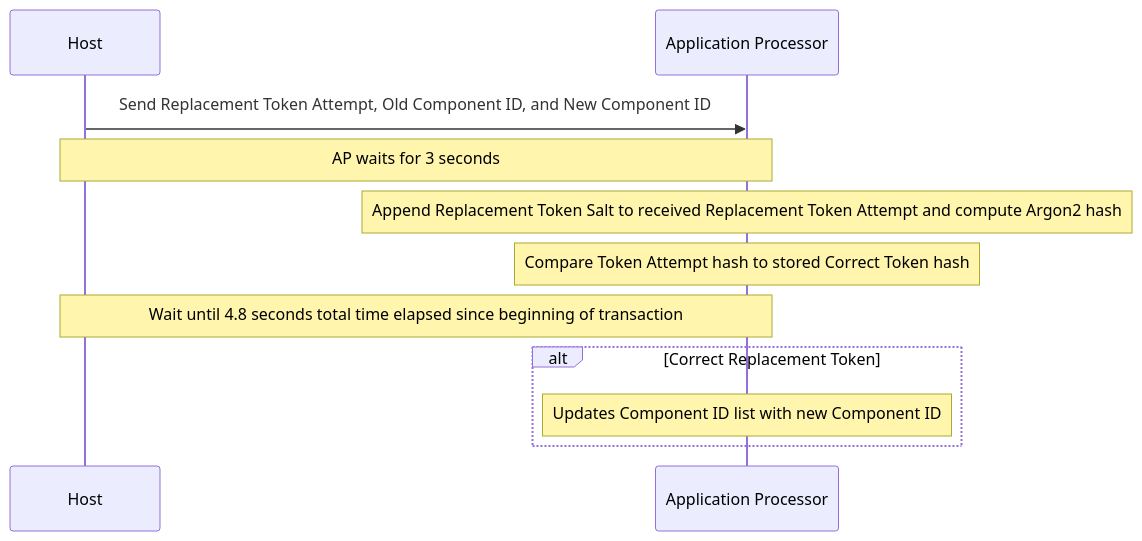
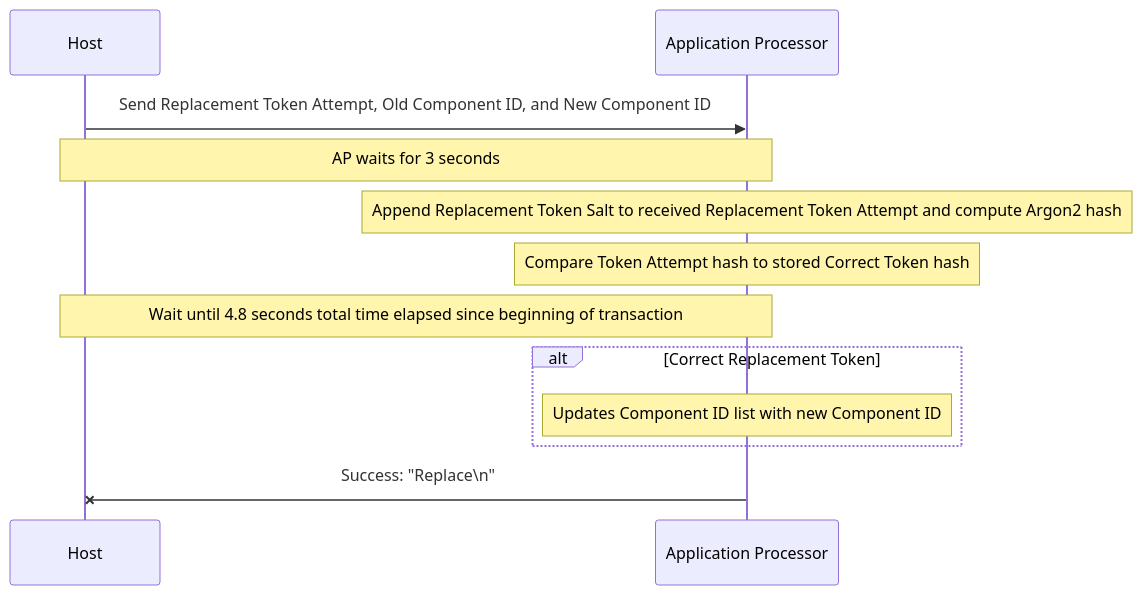
Before and after one commit to sigpwny/2024-ectf-uiuc: the third of 4 diagrams in docs/misc_protocol.md, drawn with Mermaid. The commit also changed other lines of this file, not shown here.

````diff
--- a/docs/misc_protocol.md
+++ b/docs/misc_protocol.md
@@ -134,14 +134,15 @@
 ```mermaid
 sequenceDiagram
   participant H as Host
   participant AP as Application Processor
   H ->> AP: Send Replacement Token Attempt, Old Component ID, and New Component ID
   Note over H, AP: AP waits for 3 seconds
   Note over AP: Append Replacement Token Salt to received Replacement Token Attempt and compute Argon2 hash
   Note over AP: Compare Token Attempt hash to stored Correct Token hash
   Note over H, AP: Wait until 4.8 seconds total time elapsed since beginning of transaction
   alt Correct Replacement Token
      Note over AP: Updates Component ID list with new Component ID
-  end 
+  end
+  AP -x H: Success: "Replace\n"
 
 ```
````
